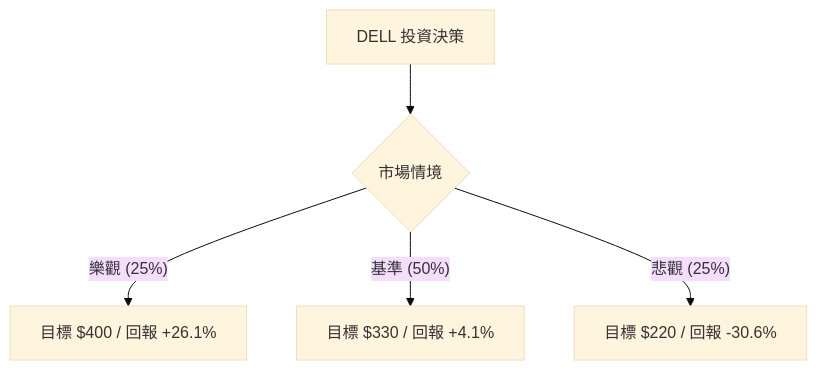
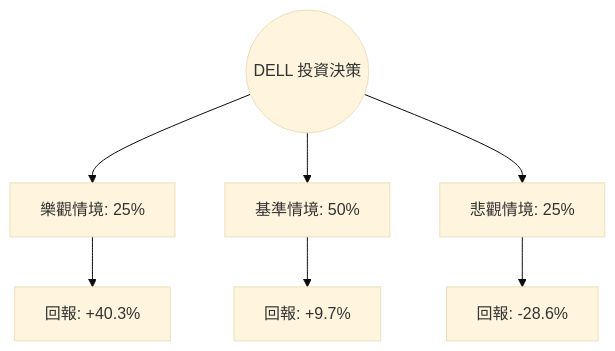
One commit to zmcx16/zmcx16.github.io changed the diagram in plugin-react/ai-analysis/ev-analysis/DELL.md. Above: the diagram before and after it, drawn with Mermaid (base theme). The commit also changed other lines of this file and 76 other files, not shown here.

````diff
--- a/plugin-react/ai-analysis/ev-analysis/DELL.md
+++ b/plugin-react/ai-analysis/ev-analysis/DELL.md
@@ -45,7 +39,9 @@
 ```mermaid
 graph TD
-    A[DELL 投資決策] --> B{市場情境}
-    B -- 樂觀 (25%) --> C[目標 $400 / 回報 +26.1%]
-    B -- 基準 (50%) --> D[目標 $330 / 回報 +4.1%]
-    B -- 悲觀 (25%) --> E[目標 $220 / 回報 -30.6%]
+    Start((DELL 投資決策)) --> Bull[樂觀情境: 25%]
+    Start --> Base[基準情境: 50%]
+    Start --> Bear[悲觀情境: 25%]
+    Bull --> BullRet[回報: +40.3%]
+    Base --> BaseRet[回報: +9.7%]
+    Bear --> BearRet[回報: -28.6%]
 ```
````
